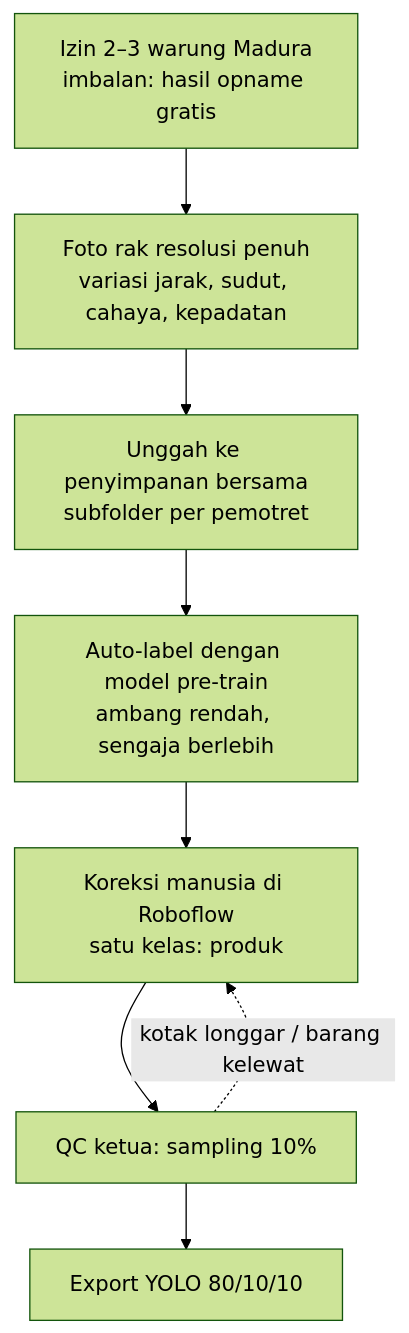
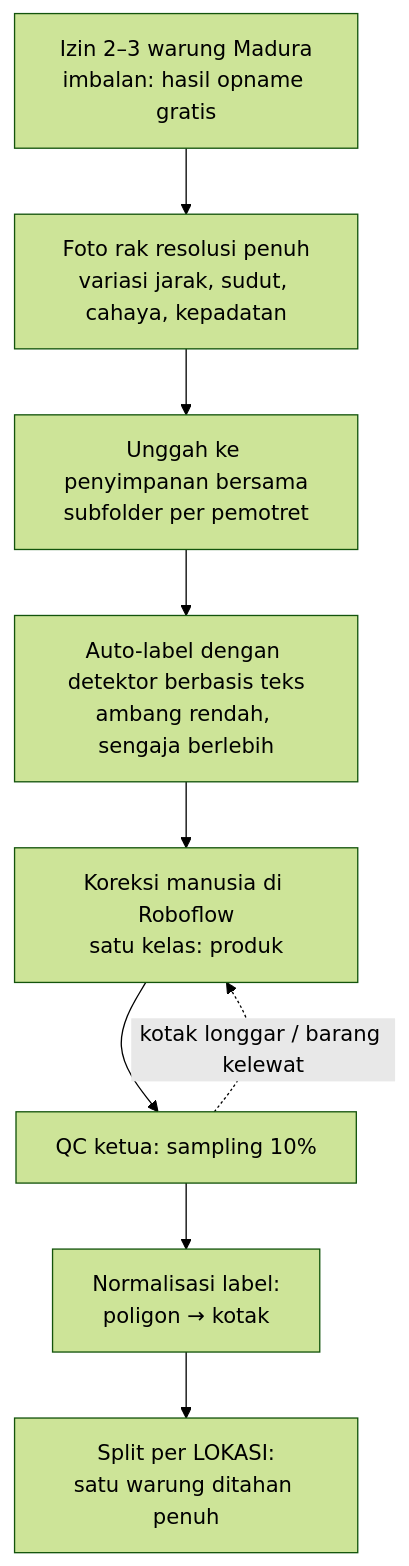
Before and after one commit to marshal-rizky/Stocklens: the seventh of 11 diagrams in docs/proposal/DRAFT-PROPOSAL.md, drawn with Mermaid (forest theme). The commit also changed other lines of this file and 6 other files, not shown here.

````diff
--- a/docs/proposal/DRAFT-PROPOSAL.md
+++ b/docs/proposal/DRAFT-PROPOSAL.md
@@ -281,13 +310,14 @@
 ```mermaid
 flowchart TB
     D1["Izin 2–3 warung Madura<br/>imbalan: hasil opname gratis"]
     D2["Foto rak resolusi penuh<br/>variasi jarak, sudut, cahaya, kepadatan"]
     D3["Unggah ke penyimpanan bersama<br/>subfolder per pemotret"]
-    D4["Auto-label dengan model pre-train<br/>ambang rendah, sengaja berlebih"]
+    D4["Auto-label dengan detektor berbasis teks<br/>ambang rendah, sengaja berlebih"]
     D5["Koreksi manusia di Roboflow<br/>satu kelas: produk"]
     D6["QC ketua: sampling 10%"]
-    D7["Export YOLO 80/10/10"]
+    D7["Normalisasi label:<br/>poligon → kotak"]
+    D8["Split per LOKASI:<br/>satu warung ditahan penuh"]
 
-    D1 --> D2 --> D3 --> D4 --> D5 --> D6 --> D7
+    D1 --> D2 --> D3 --> D4 --> D5 --> D6 --> D7 --> D8
     D6 -. "kotak longgar / barang kelewat" .-> D5
 ```
````
